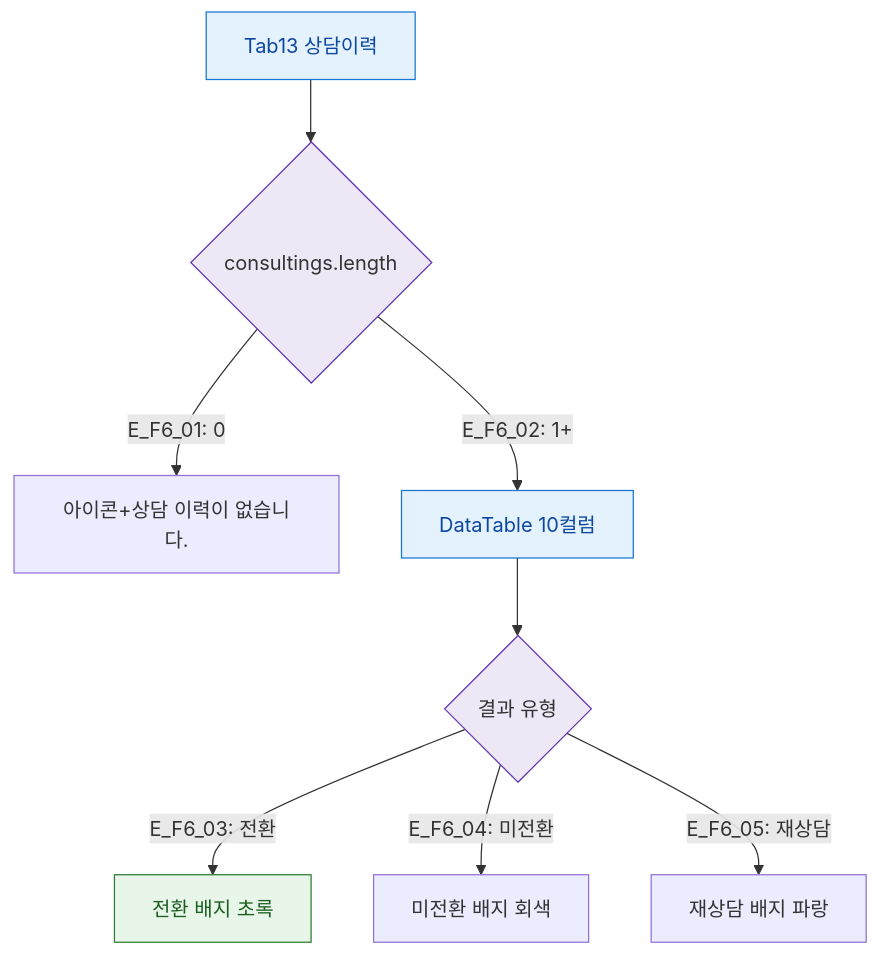
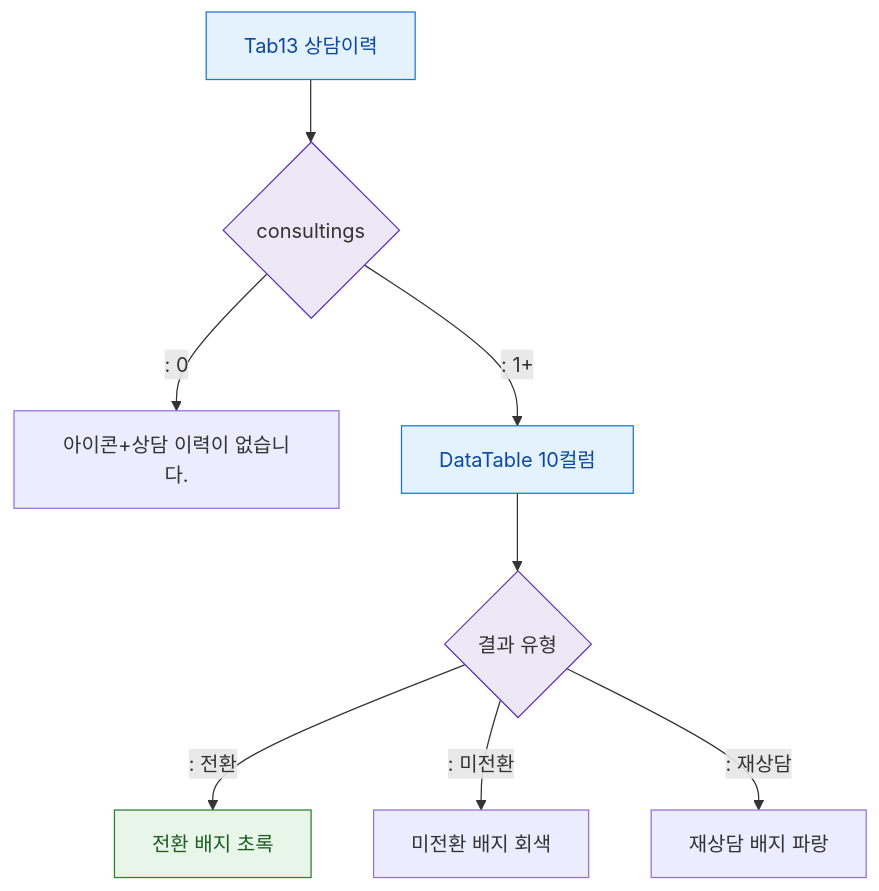
One commit to dev-spogym/admin-pando changed the diagram in docs/다이어그램/D02_회원관리/SCR-M004_회원상세/Tab13_상담이력/F6_상태별.md. Above: the diagram before and after it, drawn with Mermaid. The commit also changed other lines of this file and 1660 other files, not shown here.

First line of the commit message:
다이어그램: 기획자/클라이언트 납품본으로 정리

````diff
--- a/docs/다이어그램/D02_회원관리/SCR-M004_회원상세/Tab13_상담이력/F6_상태별.md
+++ b/docs/다이어그램/D02_회원관리/SCR-M004_회원상세/Tab13_상담이력/F6_상태별.md
@@ -22,18 +20,18 @@
 ```mermaid
 flowchart TD
-  TAB[Tab13 상담이력] --> LIST{consultings.length}
-  LIST -->|"E_F6_01: 0"| EMPTY[아이콘+상담 이력이 없습니다.]
-  LIST -->|"E_F6_02: 1+"| TABLE[DataTable 10컬럼]
+  TAB[Tab13 상담이력] --> LIST{consultings}
+  LIST -->|": 0"|EMPTY[아이콘+상담 이력이 없습니다.]
+  LIST -->|": 1+"|TABLE[DataTable 10컬럼]
 
   TABLE --> RESULT{결과 유형}
-  RESULT -->|"E_F6_03: 전환"| CONVERTED[전환 배지 초록]
-  RESULT -->|"E_F6_04: 미전환"| NOT_CONVERTED[미전환 배지 회색]
-  RESULT -->|"E_F6_05: 재상담"| FOLLOW_UP[재상담 배지 파랑]
+  RESULT -->|": 전환"|CONVERTED[전환 배지 초록]
+  RESULT -->|": 미전환"|NOT_CONVERTED[미전환 배지 회색]
+  RESULT -->|": 재상담"|FOLLOW_UP[재상담 배지 파랑]
 
   classDef screen fill:#E3F2FD,stroke:#1976D2,color:#0D47A1
   classDef success fill:#E8F5E9,stroke:#2E7D32,color:#1B5E20
   classDef system fill:#EDE7F6,stroke:#5E35B2
   class TAB,TABLE screen
   class CONVERTED success
   class LIST,RESULT system
 ```
````
